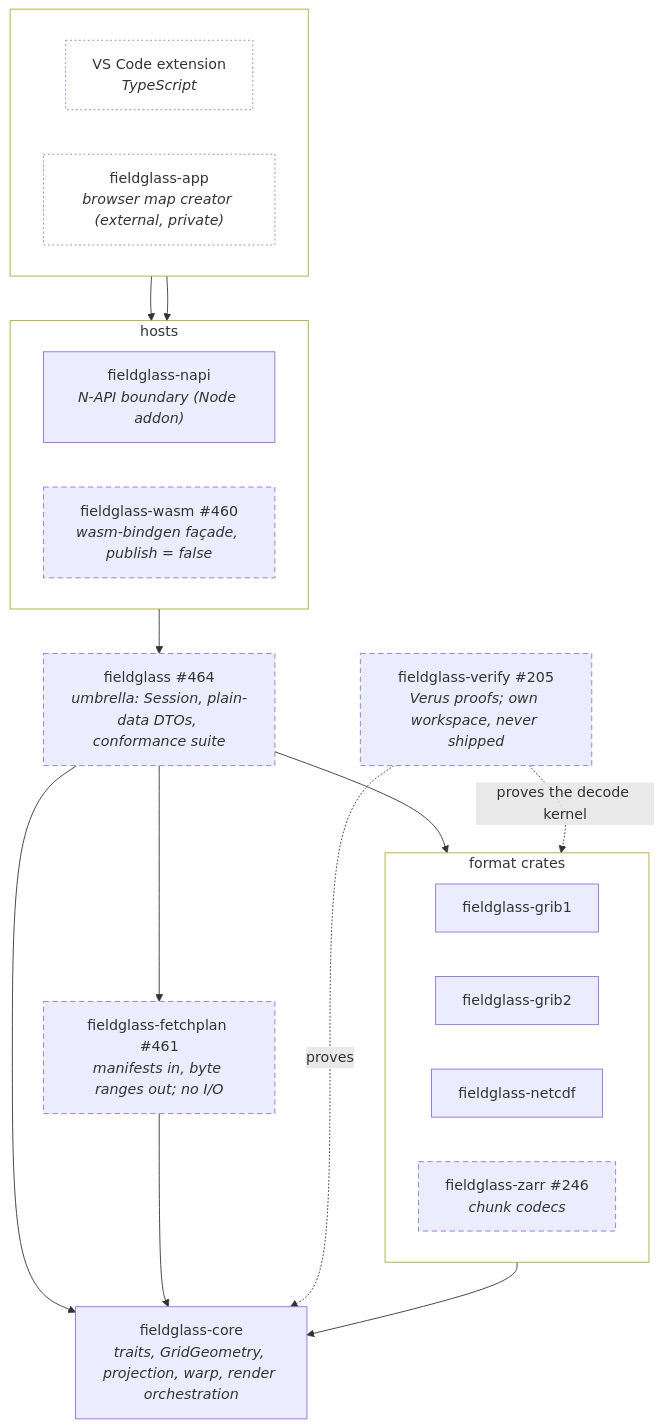
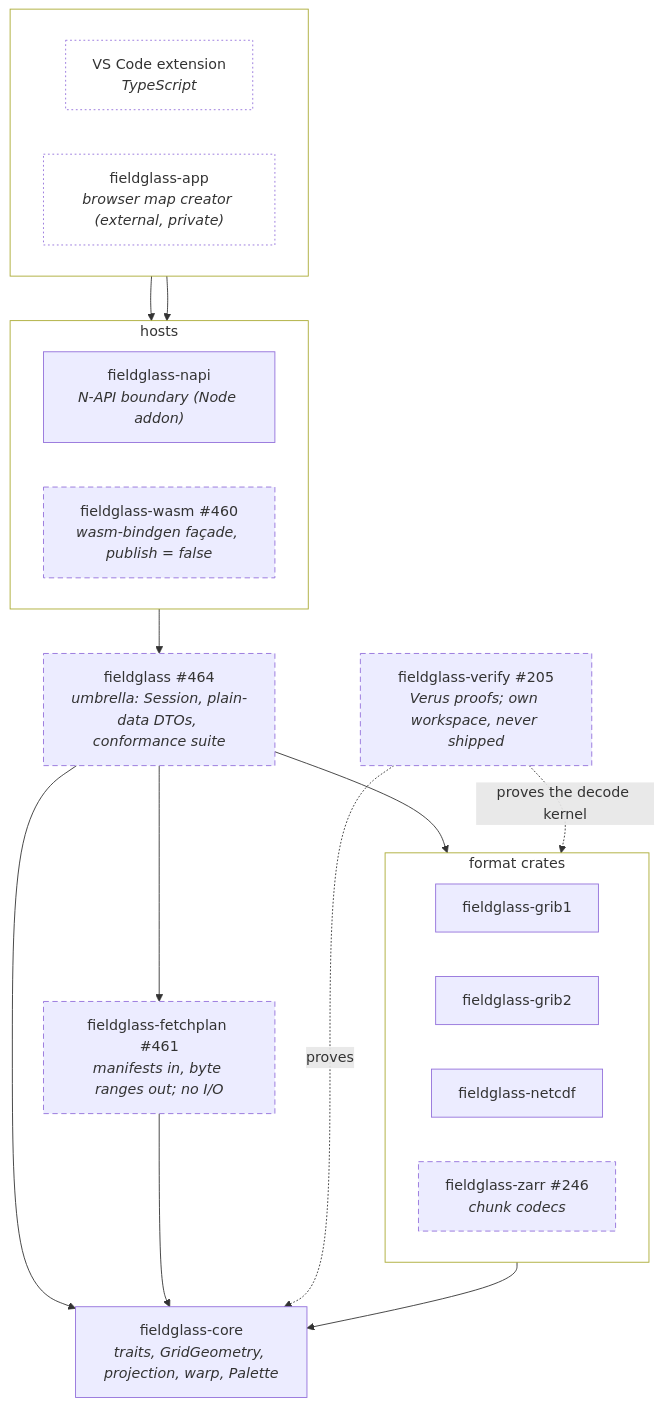
One commit to D0ubleD0uble/fieldglass changed the diagram in docs/architecture/planned/01-crates.md. Above: the diagram before and after it, drawn with Mermaid. The commit also changed 3 other files, not shown here.

````diff
--- a/docs/architecture/planned/01-crates.md
+++ b/docs/architecture/planned/01-crates.md
@@ -11,42 +11,42 @@
 ```mermaid
 flowchart TB
     subgraph consumers[" "]
         direction LR
         ext["VS Code extension<br/><i>TypeScript</i>"]
         app["fieldglass-app<br/><i>browser map creator (external, private)</i>"]
     end
     subgraph hosts["hosts"]
         direction LR
         napi["fieldglass-napi<br/><i>N-API boundary (Node addon)</i>"]
         wasm["fieldglass-wasm #460<br/><i>wasm-bindgen façade, publish = false</i>"]
     end
     subgraph formats["format crates"]
         direction LR
         grib1["fieldglass-grib1"]
         grib2["fieldglass-grib2"]
         netcdf["fieldglass-netcdf"]
         zarr["fieldglass-zarr #246<br/><i>chunk codecs</i>"]
     end
     api["fieldglass #464<br/><i>umbrella: Session, plain-data DTOs, conformance suite</i>"]
     fetchplan["fieldglass-fetchplan #461<br/><i>manifests in, byte ranges out; no I/O</i>"]
-    core["fieldglass-core<br/><i>traits, GridGeometry, projection, warp, render orchestration</i>"]
+    core["fieldglass-core<br/><i>traits, GridGeometry, projection, warp, Palette</i>"]
     verify["fieldglass-verify #205<br/><i>Verus proofs; own workspace, never shipped</i>"]
 
     ext --> napi
     app --> wasm
     hosts --> api
     api --> formats
     api --> core
     api --> fetchplan
     fetchplan --> core
     formats --> core
     verify -. proves the decode kernel .-> formats
     verify -. proves .-> core
 
     classDef planned stroke-dasharray: 6 4
     classDef external fill:none,stroke-dasharray: 2 3
     classDef group fill:none
     class wasm,api,fetchplan,zarr,verify planned
     class app,ext external
     class consumers,hosts,formats group
 ```
````
